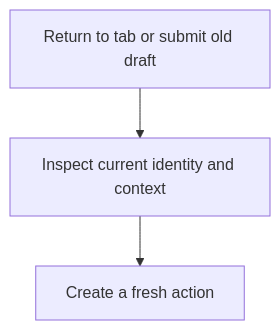
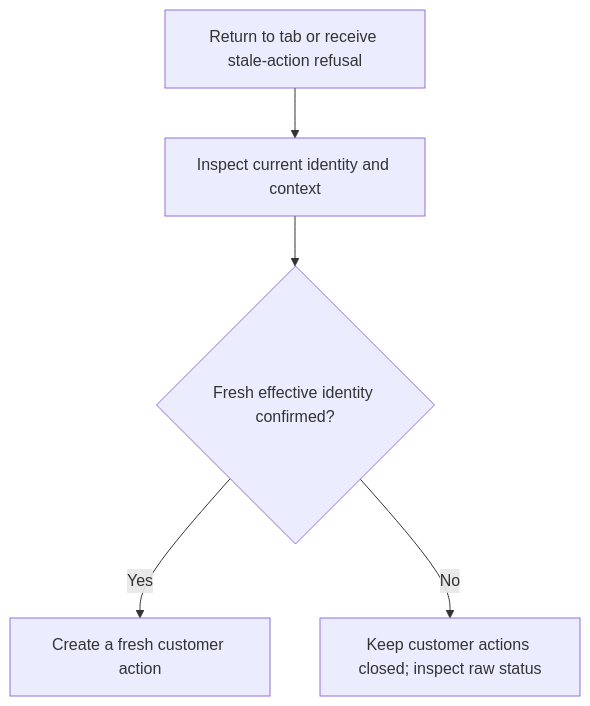
Before and after one commit to Kevinjohn/oss-adonisjs-masquerade: the first of 2 diagrams in user-stories/submit-context-token/us-context-03-recover-browser-intent.md, drawn with Mermaid. The commit also changed other lines of this file and 22 other files, not shown here.

Commit message:
docs: verify user story paths and Mermaid flows against implementation

````diff
--- a/user-stories/submit-context-token/us-context-03-recover-browser-intent.md
+++ b/user-stories/submit-context-token/us-context-03-recover-browser-intent.md
@@ -20,5 +20,7 @@
 ```mermaid
 flowchart TD
-    A["Return to tab or submit old draft"] --> B["Inspect current identity and context"]
-    B["Inspect current identity and context"] --> C["Create a fresh action"]
+    A["Return to tab or receive stale-action refusal"] --> B["Inspect current identity and context"]
+    B --> Q{"Fresh effective identity confirmed?"}
+    Q -->|Yes| C["Create a fresh customer action"]
+    Q -->|No| R["Keep customer actions closed; inspect raw status"]
 ```
````
